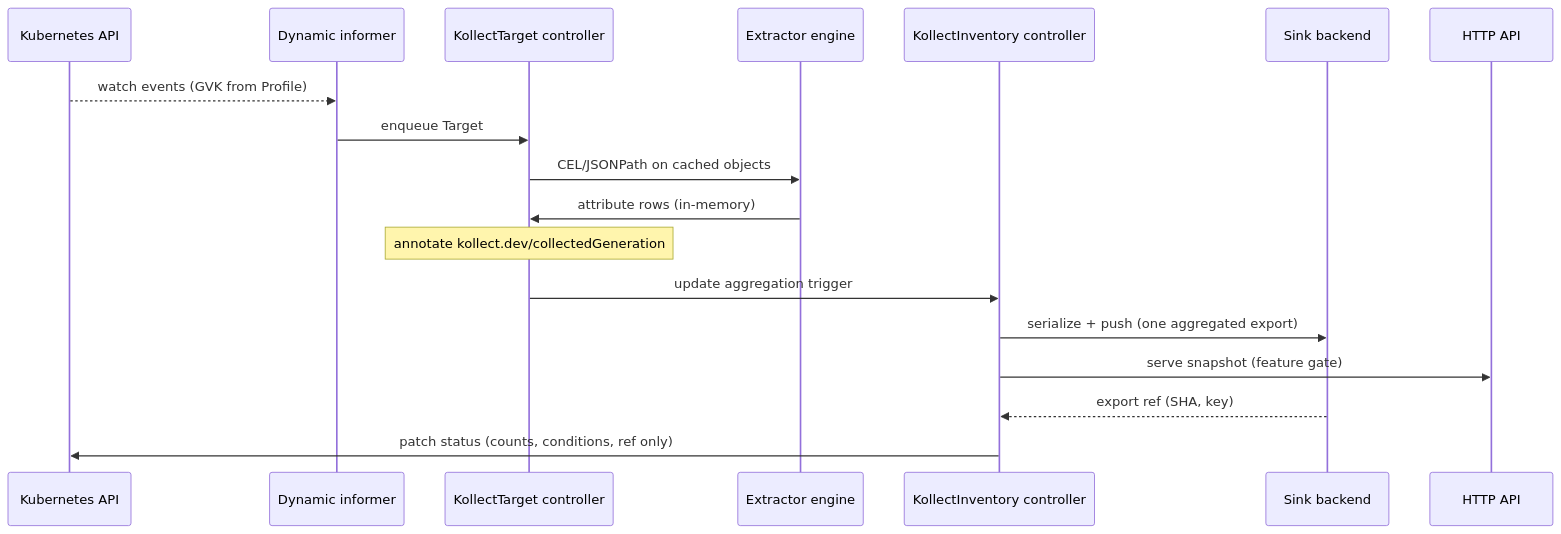
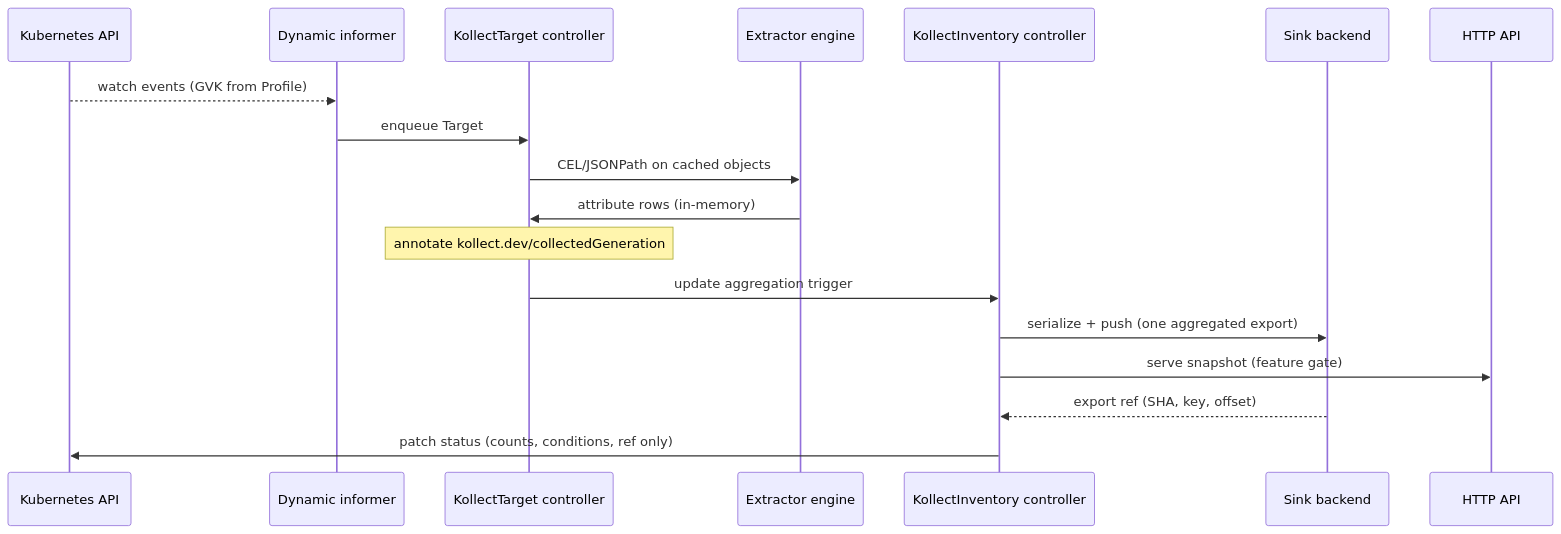
Before and after one commit to konih/kollect: the second of 5 diagrams in docs/ARCHITECTURE.md, drawn with Mermaid. The commit also changed other lines of this file and 17 other files, not shown here.

````diff
--- a/docs/ARCHITECTURE.md
+++ b/docs/ARCHITECTURE.md
@@ -66,21 +65,21 @@
 ```mermaid
 sequenceDiagram
   participant API as Kubernetes API
   participant Inf as Dynamic informer
   participant Tgt as KollectTarget controller
   participant Eng as Extractor engine
   participant Inv as KollectInventory controller
   participant Sink as Sink backend
   participant HTTP as HTTP API
 
   API-->>Inf: watch events (GVK from Profile)
   Inf->>Tgt: enqueue Target
   Tgt->>Eng: CEL/JSONPath on cached objects
   Eng->>Tgt: attribute rows (in-memory)
   Note over Tgt: annotate kollect.dev/collectedGeneration
   Tgt->>Inv: update aggregation trigger
   Inv->>Sink: serialize + push (one aggregated export)
   Inv->>HTTP: serve snapshot (feature gate)
-  Sink-->>Inv: export ref (SHA, key)
+  Sink-->>Inv: export ref (SHA, key, offset)
   Inv->>API: patch status (counts, conditions, ref only)
 ```
````
